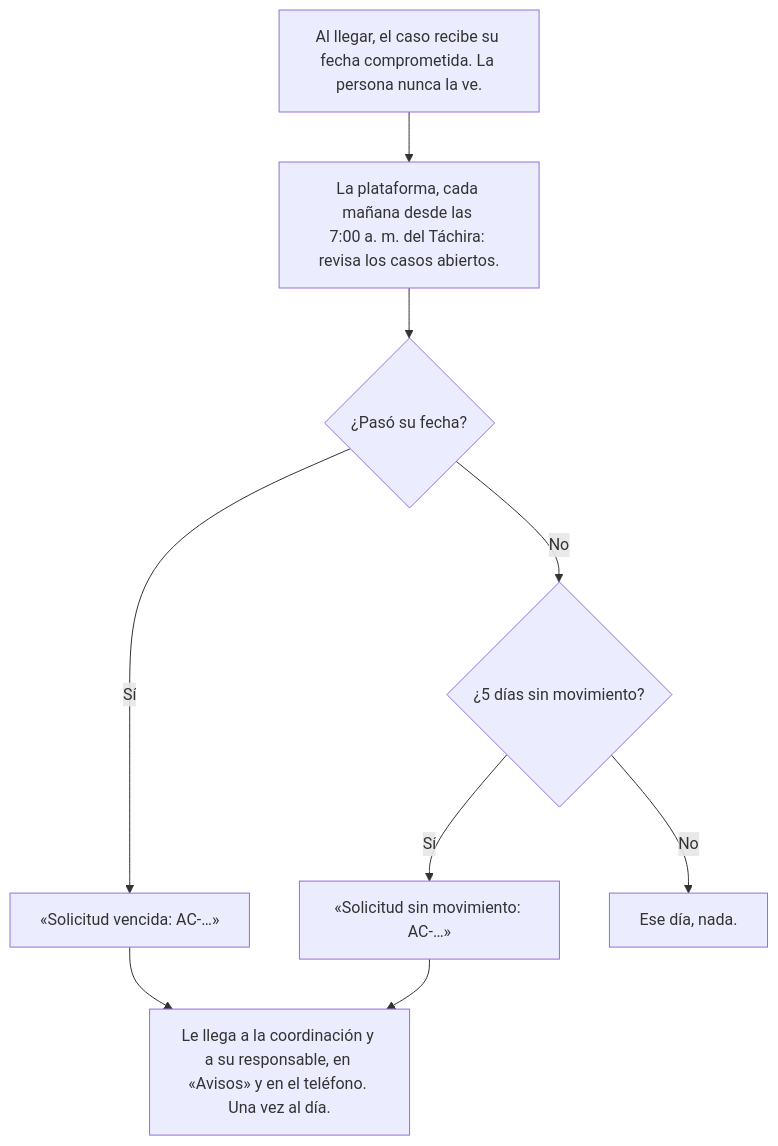
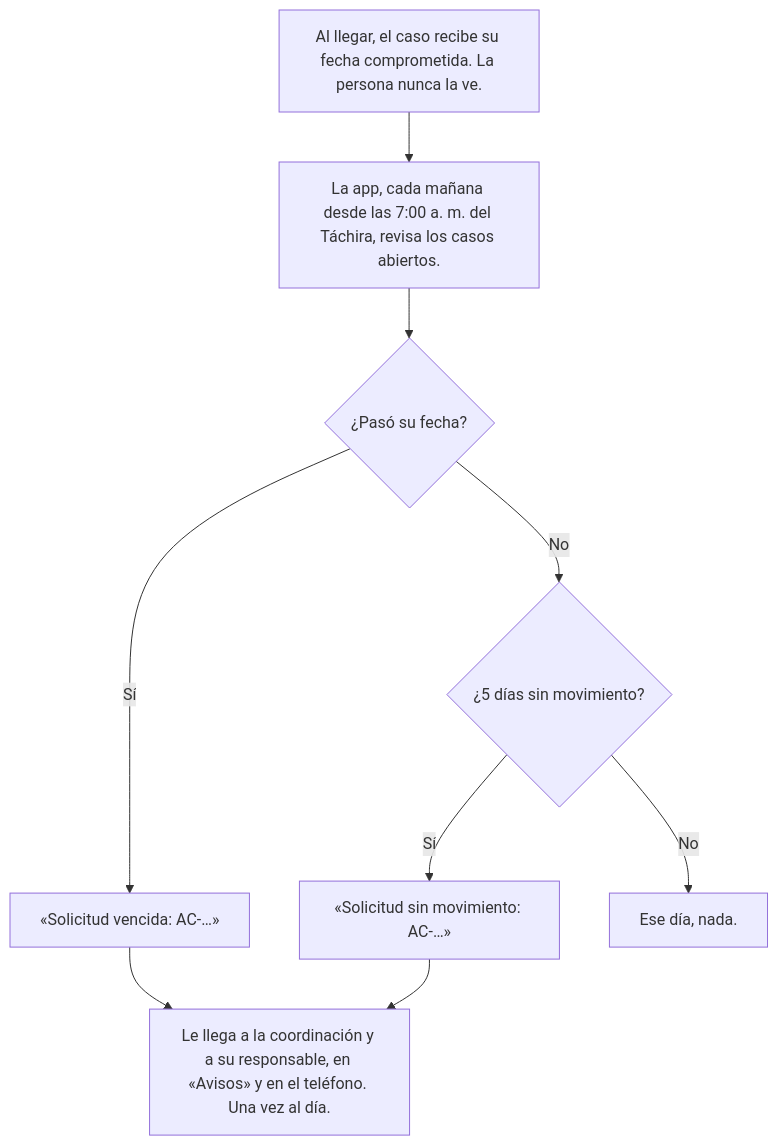
One commit to fbvenezuela/Gestionapp changed diagram 11 of 18 in app-freddy-bernal/docs/FLUJOS-WEB.md. Above: the diagram before and after it, drawn with Mermaid. The commit also changed other lines of this file and 5 other files, not shown here.

````diff
--- a/app-freddy-bernal/docs/FLUJOS-WEB.md
+++ b/app-freddy-bernal/docs/FLUJOS-WEB.md
@@ -288,13 +288,13 @@
 ```mermaid
 flowchart TD
   aviso_fecha["Al llegar, el caso recibe su fecha comprometida. La persona nunca la ve."]
-  aviso_fecha --> aviso_revisa["La plataforma, cada mañana desde las 7:00 a. m. del Táchira: revisa los casos abiertos."]
+  aviso_fecha --> aviso_revisa["La app, cada mañana desde las 7:00 a. m. del Táchira, revisa los casos abiertos."]
   aviso_revisa --> aviso_vencida_q{"¿Pasó su fecha?"}
   aviso_vencida_q -- Sí --> aviso_vencida["«Solicitud vencida: AC-…»"]
   aviso_vencida_q -- No --> aviso_quieto_q{"¿5 días sin movimiento?"}
   aviso_quieto_q -- Sí --> aviso_quieto["«Solicitud sin movimiento: AC-…»"]
   aviso_quieto_q -- No --> aviso_nada["Ese día, nada."]
   aviso_vencida --> aviso_quien
   aviso_quieto --> aviso_quien
   aviso_quien["Le llega a la coordinación y a su responsable, en «Avisos» y en el teléfono. Una vez al día."]
 ```
````
